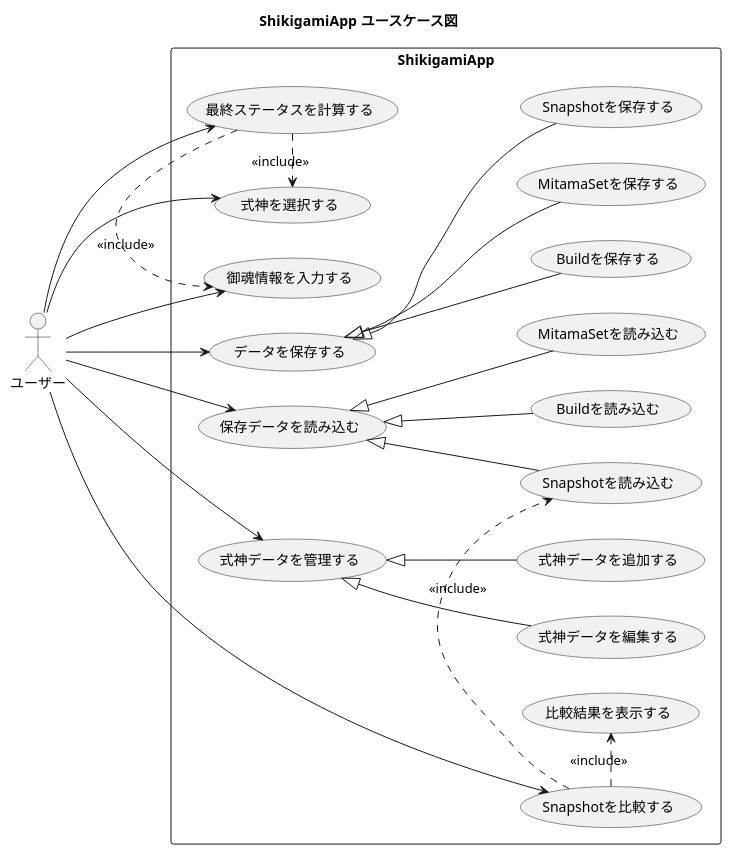
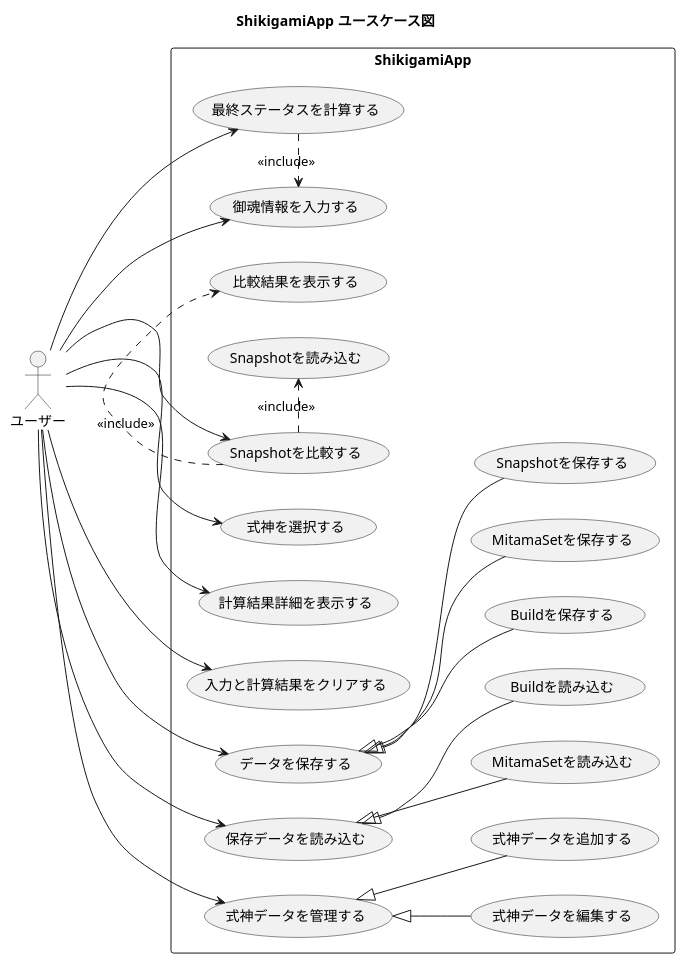
Before and after one commit to Staraptor0398/ShikigamiStatusCalculator: the diagram in Document/ShikigamiApp/Diagram/Overview/use_case.wsd, drawn with PlantUML. The commit also changed 7 other files, not shown here.

Commit message:
Update ShikigamiApp diagrams to reflect calculation result life cycle

```diff
--- a/Document/ShikigamiApp/Diagram/Overview/use_case.wsd
+++ b/Document/ShikigamiApp/Diagram/Overview/use_case.wsd
@@ -1,75 +1,78 @@
 @startuml
 title ShikigamiApp ユースケース図
 
 left to right direction
 
 actor "ユーザー" as User
 
 rectangle "ShikigamiApp" {
    usecase "式神を選択する" as UC_SelectShikigami
    usecase "御魂情報を入力する" as UC_InputMitama
    usecase "最終ステータスを計算する" as UC_Calculate
+   usecase "計算結果詳細を表示する" as UC_ShowCalculationDetail
+   usecase "入力と計算結果をクリアする" as UC_Clear
 
    usecase "データを保存する" as UC_Save
    usecase "保存データを読み込む" as UC_Load
 
    usecase "Buildを保存する" as UC_SaveBuild
    usecase "MitamaSetを保存する" as UC_SaveMitamaSet
    usecase "Snapshotを保存する" as UC_SaveSnapshot
 
    usecase "Buildを読み込む" as UC_LoadBuild
    usecase "MitamaSetを読み込む" as UC_LoadMitamaSet
    usecase "Snapshotを読み込む" as UC_LoadSnapshot
 
    usecase "Snapshotを比較する" as UC_CompareSnapshot
    usecase "比較結果を表示する" as UC_ShowComparison
 
    usecase "式神データを管理する" as UC_ManageShikigami
    usecase "式神データを追加する" as UC_AddShikigami
    usecase "式神データを編集する" as UC_EditShikigami
 }
 
 ' ============================================================
 ' User relationships
 ' ============================================================
 User --> UC_SelectShikigami
 User --> UC_InputMitama
 User --> UC_Calculate
+User --> UC_ShowCalculationDetail
+User --> UC_Clear
 User --> UC_Save
 User --> UC_Load
 User --> UC_CompareSnapshot
 User --> UC_ManageShikigami
 
 ' ============================================================
 ' Calculation
 ' ============================================================
-UC_Calculate .> UC_SelectShikigami : <<include>>
+' 式神選択は任意。式神未選択でも御魂のみの計算が可能。
 UC_Calculate .> UC_InputMitama : <<include>>
 
 ' ============================================================
 ' Save
 ' ============================================================
 UC_Save <|-- UC_SaveBuild
 UC_Save <|-- UC_SaveMitamaSet
 UC_Save <|-- UC_SaveSnapshot
 
 ' ============================================================
 ' Load
 ' ============================================================
 UC_Load <|-- UC_LoadBuild
 UC_Load <|-- UC_LoadMitamaSet
-UC_Load <|-- UC_LoadSnapshot
 
 ' ============================================================
 ' Snapshot comparison
 ' ============================================================
 UC_CompareSnapshot .> UC_LoadSnapshot : <<include>>
 UC_CompareSnapshot .> UC_ShowComparison : <<include>>
 
 ' ============================================================
 ' Shikigami management
 ' ============================================================
 UC_ManageShikigami <|-- UC_AddShikigami
 UC_ManageShikigami <|-- UC_EditShikigami
 
 @enduml
```
